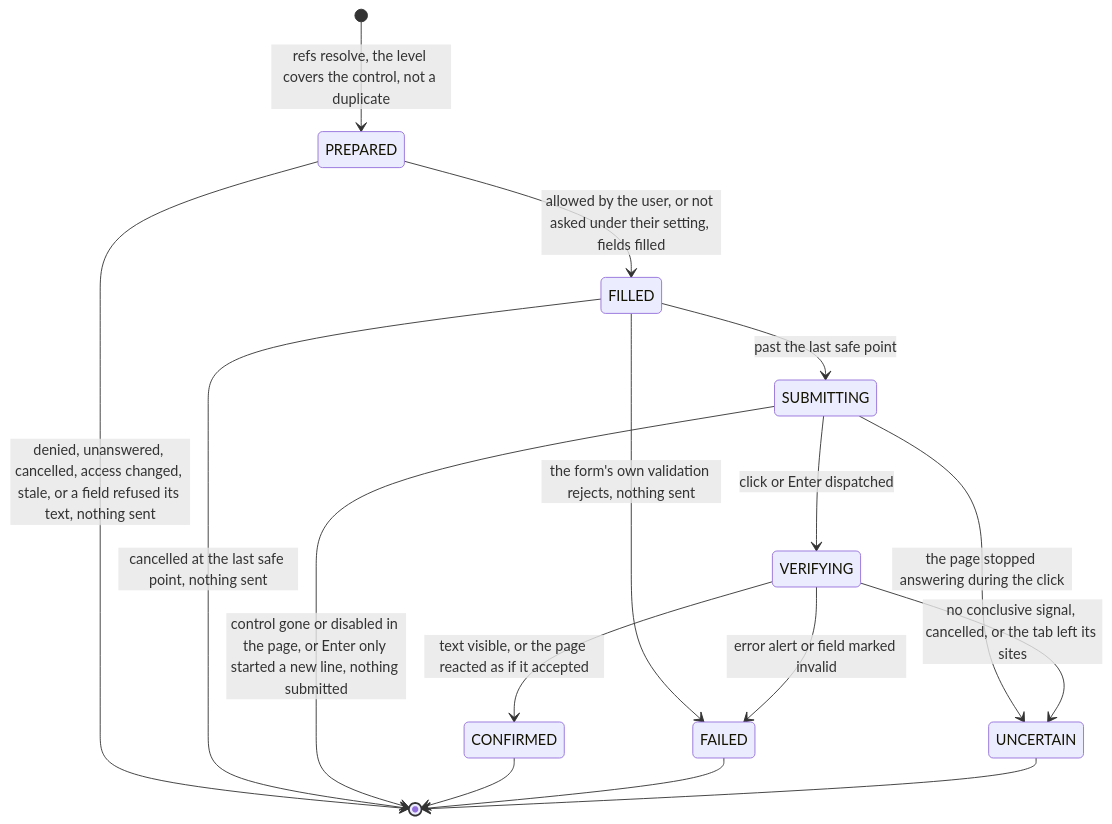
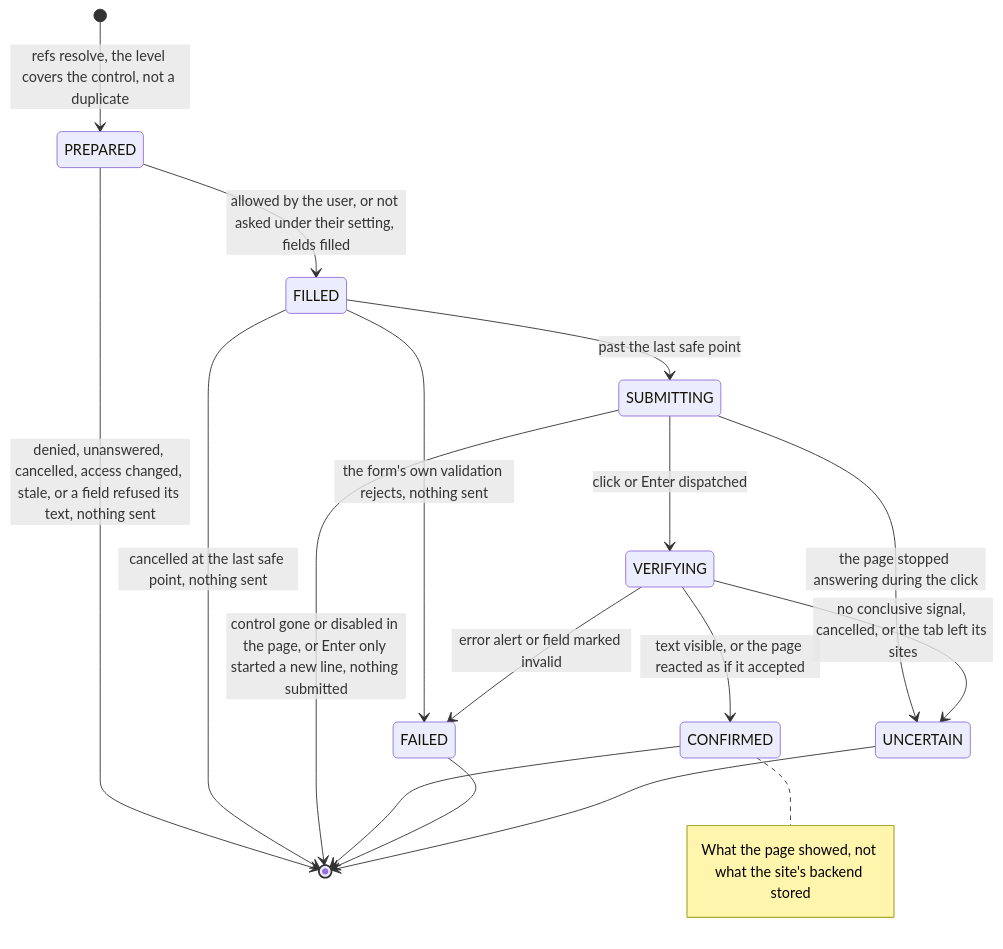
Before and after one commit to LaughingManCommits/TabGoblin: the sixth of 8 diagrams in docs/architecture.md, drawn with Mermaid. The commit also changed other lines of this file and 6 other files, not shown here.

````diff
--- a/docs/architecture.md
+++ b/docs/architecture.md
@@ -430,18 +430,21 @@
 ```mermaid
 stateDiagram-v2
   [*] --> PREPARED: refs resolve, the level covers the control, not a duplicate
   PREPARED --> [*]: denied, unanswered, cancelled, access changed, stale, or a field refused its text, nothing sent
   PREPARED --> FILLED: allowed by the user, or not asked under their setting, fields filled
   FILLED --> FAILED: the form's own validation rejects, nothing sent
   FILLED --> [*]: cancelled at the last safe point, nothing sent
   FILLED --> SUBMITTING: past the last safe point
   SUBMITTING --> [*]: control gone or disabled in the page, or Enter only started a new line, nothing submitted
   SUBMITTING --> UNCERTAIN: the page stopped answering during the click
   SUBMITTING --> VERIFYING: click or Enter dispatched
   VERIFYING --> CONFIRMED: text visible, or the page reacted as if it accepted
   VERIFYING --> FAILED: error alert or field marked invalid
   VERIFYING --> UNCERTAIN: no conclusive signal, cancelled, or the tab left its sites
   CONFIRMED --> [*]
   FAILED --> [*]
   UNCERTAIN --> [*]
+  note right of CONFIRMED
+    What the page showed, not what the site's backend stored
+  end note
 ```
````
